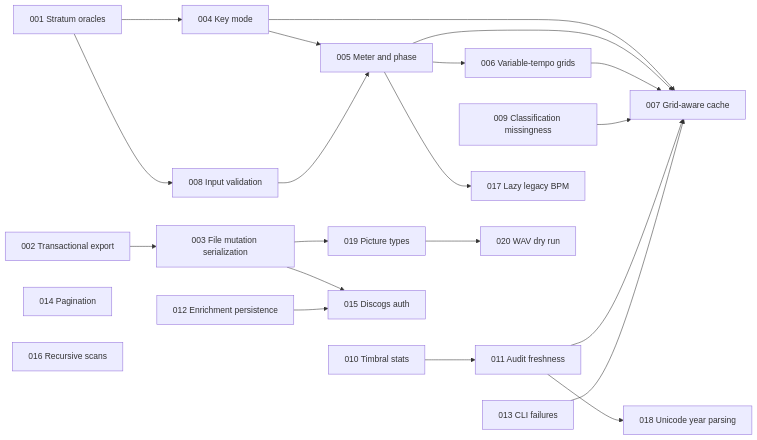
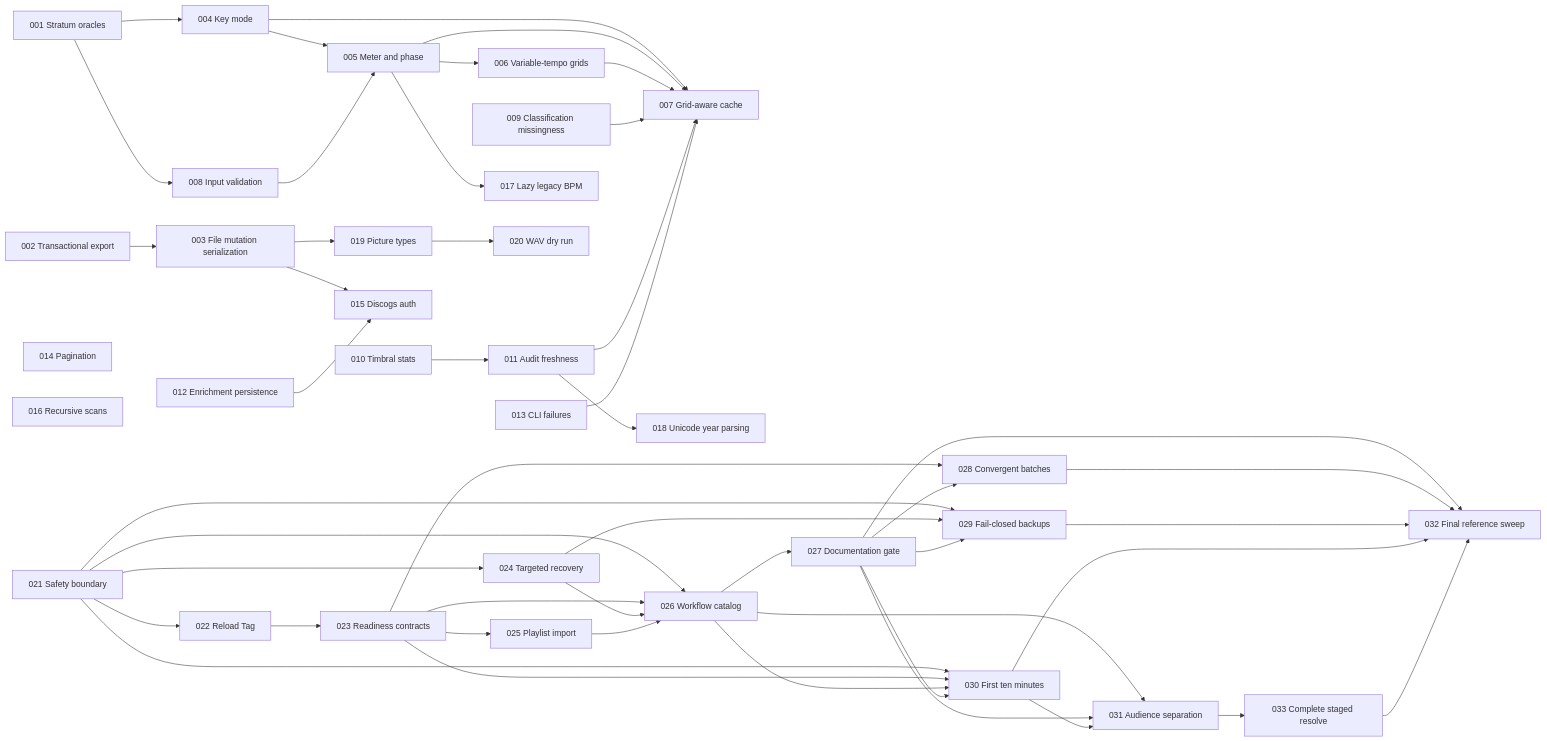
Before and after one commit to ryan-voitiskis/reklawdbox: the diagram in plans/README.md, drawn with Mermaid. The commit also changed other lines of this file and 13 other files, not shown here.

````diff
--- a/plans/README.md
+++ b/plans/README.md
@@ -89,28 +121,56 @@
 ```mermaid
 flowchart LR
     P001["001 Stratum oracles"] --> P004["004 Key mode"]
     P004 --> P005["005 Meter and phase"]
     P008["008 Input validation"] --> P005
     P005 --> P006["006 Variable-tempo grids"]
     P004 --> P007["007 Grid-aware cache"]
     P005 --> P007
     P006 --> P007
     P009["009 Classification missingness"] --> P007
     P010["010 Timbral stats"] --> P011["011 Audit freshness"]
     P011 --> P007
     P013["013 CLI failures"] --> P007
 
     P001 --> P008
     P005 --> P017["017 Lazy legacy BPM"]
 
     P002["002 Transactional export"] --> P003["003 File mutation serialization"]
     P003 --> P019["019 Picture types"]
     P019 --> P020["020 WAV dry run"]
 
     P011 --> P018["018 Unicode year parsing"]
     P003 --> P015["015 Discogs auth"]
     P012["012 Enrichment persistence"] --> P015
 
     P014["014 Pagination"]
     P016["016 Recursive scans"]
+
+    P021["021 Safety boundary"] --> P022["022 Reload Tag"]
+    P021 --> P024["024 Targeted recovery"]
+    P022 --> P023["023 Readiness contracts"]
+    P023 --> P025["025 Playlist import"]
+    P021 --> P026["026 Workflow catalog"]
+    P023 --> P026
+    P024 --> P026
+    P025 --> P026
+    P026 --> P027["027 Documentation gate"]
+    P023 --> P028["028 Convergent batches"]
+    P027 --> P028
+    P021 --> P029["029 Fail-closed backups"]
+    P024 --> P029
+    P027 --> P029
+    P021 --> P030["030 First ten minutes"]
+    P023 --> P030
+    P026 --> P030
+    P027 --> P030
+    P026 --> P031["031 Audience separation"]
+    P027 --> P031
+    P030 --> P031
+    P027 --> P032["032 Final reference sweep"]
+    P028 --> P032
+    P029 --> P032
+    P030 --> P032
+    P031 --> P033["033 Complete staged resolve"]
+    P033 --> P032
 ```
````
